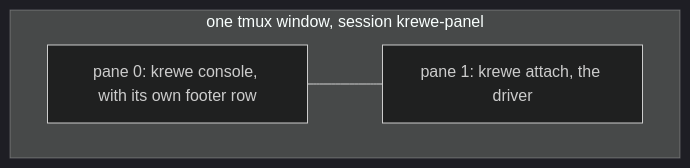
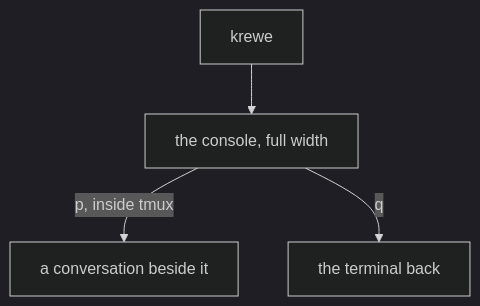
One commit to atlantic-blue/quay-crew changed diagram 19 of 25 in docs/ORCHESTRATION.md. Above: the diagram before and after it, drawn with Mermaid (dark theme). The commit also changed other lines of this file and 17 other files, not shown here.

Commit message:
629: feat: krewe opens the console alone, with no conversation beside it

````diff
--- a/docs/ORCHESTRATION.md
+++ b/docs/ORCHESTRATION.md
@@ -2925,8 +2914,6 @@
 ```mermaid
 flowchart TD
-    subgraph WINDOW["one tmux window, session krewe-panel"]
-        LEFT["pane 0: krewe console, with its own footer row"]
-        RIGHT["pane 1: krewe attach, the driver"]
-    end
-    LEFT --- RIGHT
+    KREWE["krewe"] --> CONSOLE["the console, full width"]
+    CONSOLE -->|"p, inside tmux"| BESIDE["a conversation beside it"]
+    CONSOLE -->|"q"| GONE["the terminal back"]
 ```
````
